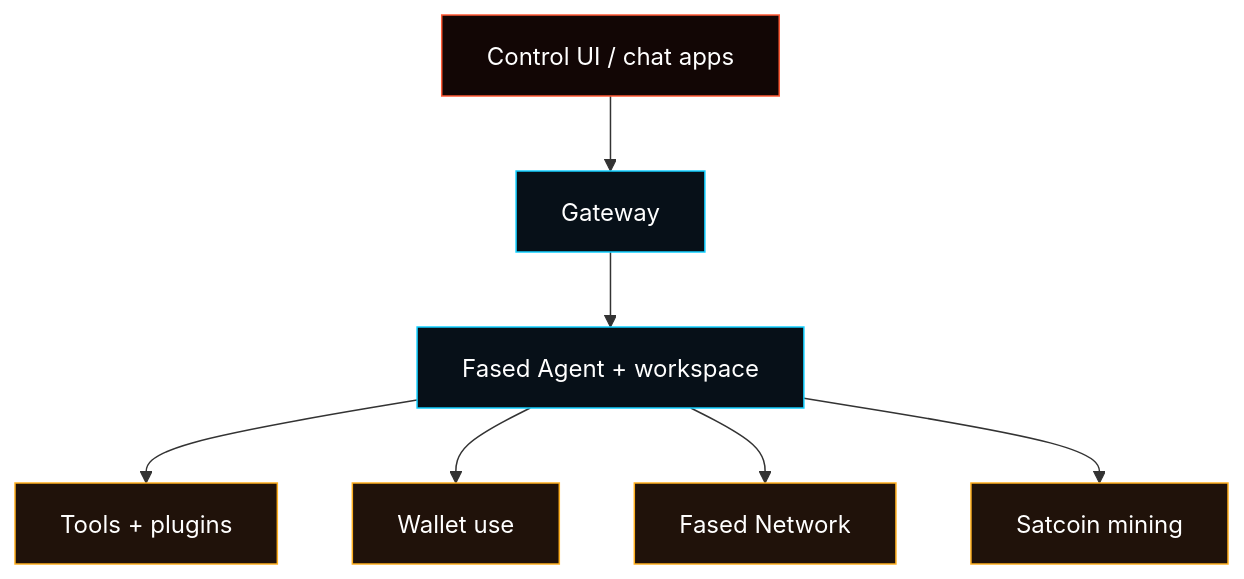
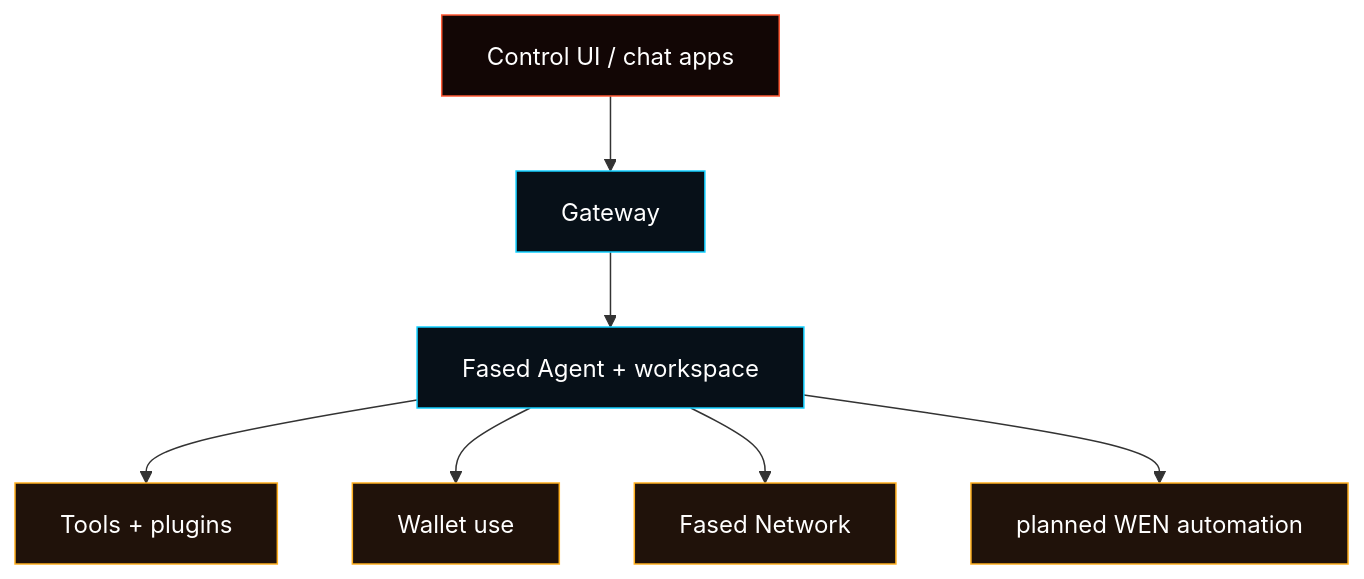
One commit to fased-ai/fased changed the diagram in docs/start/fased.md. Above: the diagram before and after it, drawn with Mermaid. The commit also changed other lines of this file and 16 other files, not shown here.

First line of the commit message:
docs: replace superseded mining guidance with planned WEN campaigns (#775)

````diff
--- a/docs/start/fased.md
+++ b/docs/start/fased.md
@@ -69,16 +69,16 @@
 ```mermaid
 flowchart TB
   entry["Control UI / chat apps"] --> gateway["Gateway"]
   gateway --> agent["Fased Agent + workspace"]
   agent --> tools["Tools + plugins"]
   agent --> wallets["Wallet use"]
   agent --> network["Fased Network"]
-  agent --> mining["Satcoin mining"]
+  agent --> mining["planned WEN automation"]
 
   classDef entry fill:#120605,stroke:#ff5a36,color:#ffffff;
   classDef core fill:#071018,stroke:#12cfff,color:#ffffff;
   classDef addon fill:#20120a,stroke:#ffb020,color:#ffffff;
   class entry entry;
   class gateway,agent core;
   class tools,wallets,network,mining addon;
 ```
````
